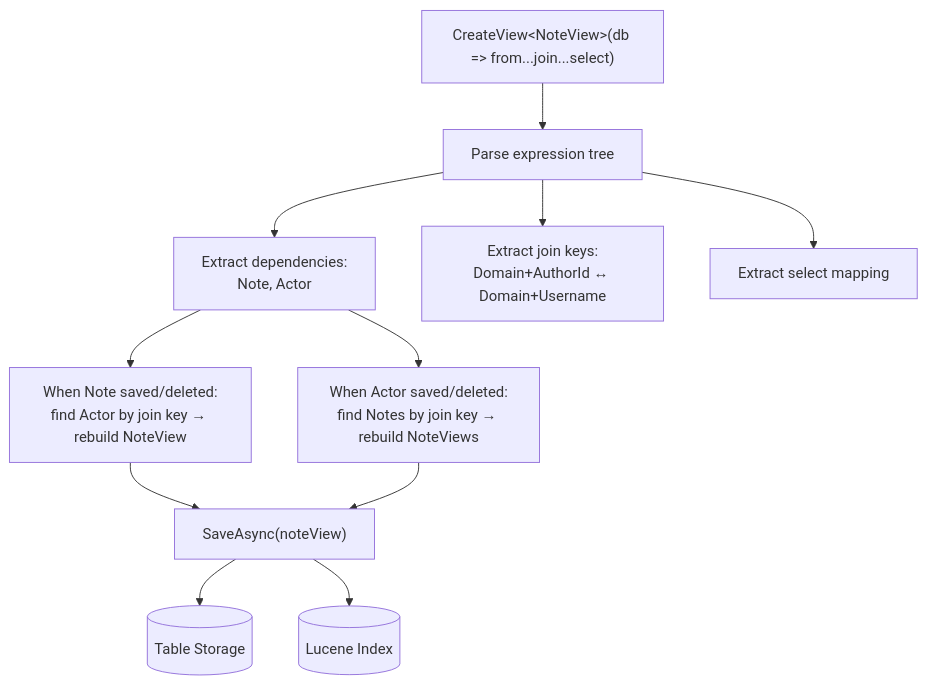
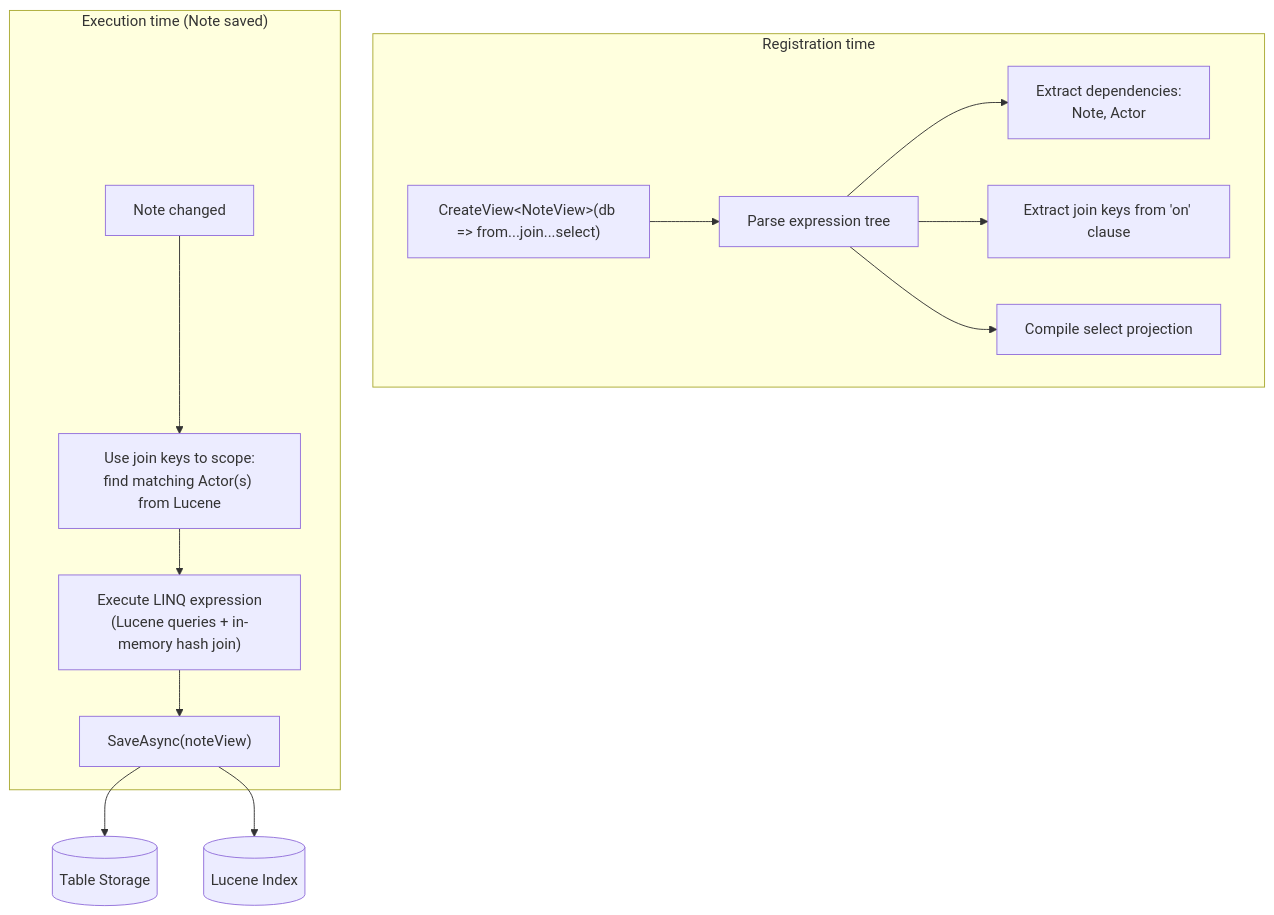
The second of 4 diagrams in Architecture.md (tomlm/LottaDB), drawn with Mermaid before and after one commit. The commit also changed other lines of this file and 1 other file, not shown here.

First line of the commit message:
Clarify CreateView execution model, add ad-hoc joins, revise risk

````diff
--- a/Architecture.md
+++ b/Architecture.md
@@ -433,16 +453,20 @@
 ```mermaid
 flowchart TB
     CV["CreateView&lt;NoteView&gt;(db => from...join...select)"]
-    CV --> Parse[Parse expression tree]
-    Parse --> Deps[Extract dependencies:<br/>Note, Actor]
-    Parse --> Keys[Extract join keys:<br/>Domain+AuthorId ↔ Domain+Username]
-    Parse --> Select[Extract select mapping]
 
-    Deps --> Trigger1["When Note saved/deleted:<br/>find Actor by join key → rebuild NoteView"]
-    Deps --> Trigger2["When Actor saved/deleted:<br/>find Notes by join key → rebuild NoteViews"]
+    subgraph "Registration time"
+        CV --> Parse[Parse expression tree]
+        Parse --> Deps[Extract dependencies:<br/>Note, Actor]
+        Parse --> Keys[Extract join keys from 'on' clause]
+        Parse --> Compile[Compile select projection]
+    end
 
-    Trigger1 --> Save["SaveAsync(noteView)"]
-    Trigger2 --> Save
+    subgraph "Execution time (Note saved)"
+        Trigger[Note changed] --> Scope["Use join keys to scope:<br/>find matching Actor(s) from Lucene"]
+        Scope --> Join["Execute LINQ expression<br/>(Lucene queries + in-memory hash join)"]
+        Join --> Save["SaveAsync(noteView)"]
+    end
+
     Save --> ATS[(Table Storage)]
     Save --> Lucene[(Lucene Index)]
 ```
````
